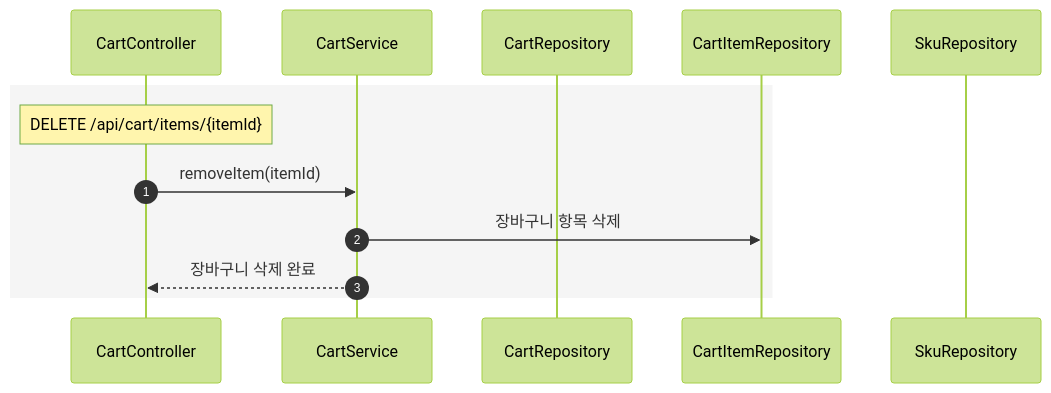
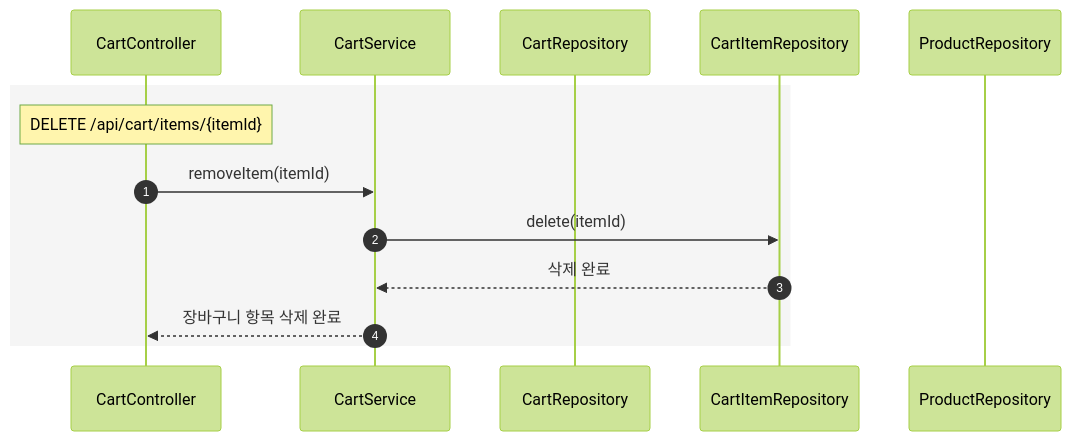
Before and after one commit to namuneo/hh_plus_week2: the sixth of 9 diagrams in docs/sequenceDiagram.md, drawn with Mermaid (forest theme). The commit also changed other lines of this file and 12 other files, not shown here.

````diff
--- a/docs/sequenceDiagram.md
+++ b/docs/sequenceDiagram.md
@@ -118,17 +118,19 @@
 ```mermaid
 sequenceDiagram
     autonumber
     participant CC as CartController
     participant CS as CartService
     participant CR as CartRepository
     participant CIR as CartItemRepository
-    participant SR as SkuRepository
+    participant PR as ProductRepository
 
     rect rgb(245,245,245)
         Note over CC: DELETE /api/cart/items/{itemId}
         CC->>CS: removeItem(itemId)
-        CS->>CIR: 장바구니 항목 삭제
-        CS-->>CC: 장바구니 삭제 완료
+        CS->>CIR: delete(itemId)
+        CIR-->>CS: 삭제 완료
+        CS-->>CC: 장바구니 항목 삭제 완료
     end
 
+
 ```
````
